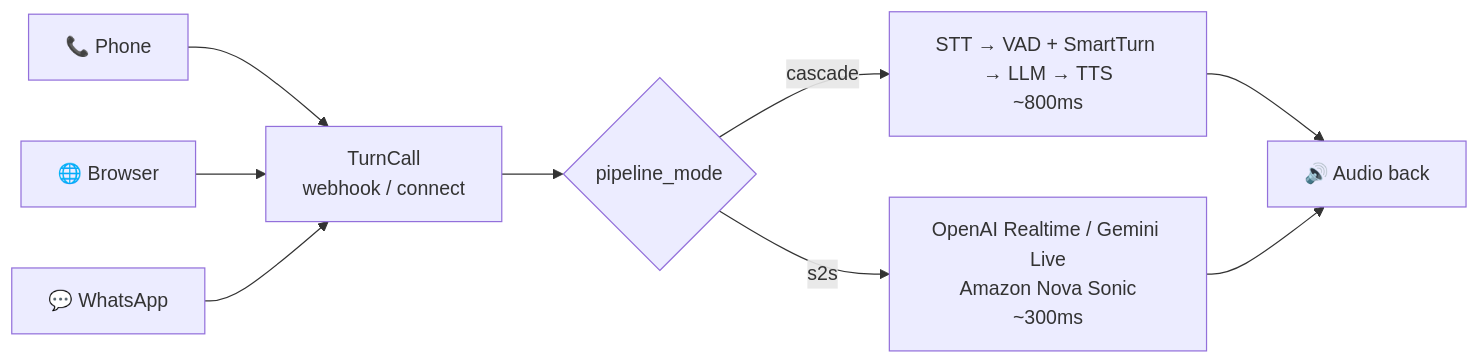
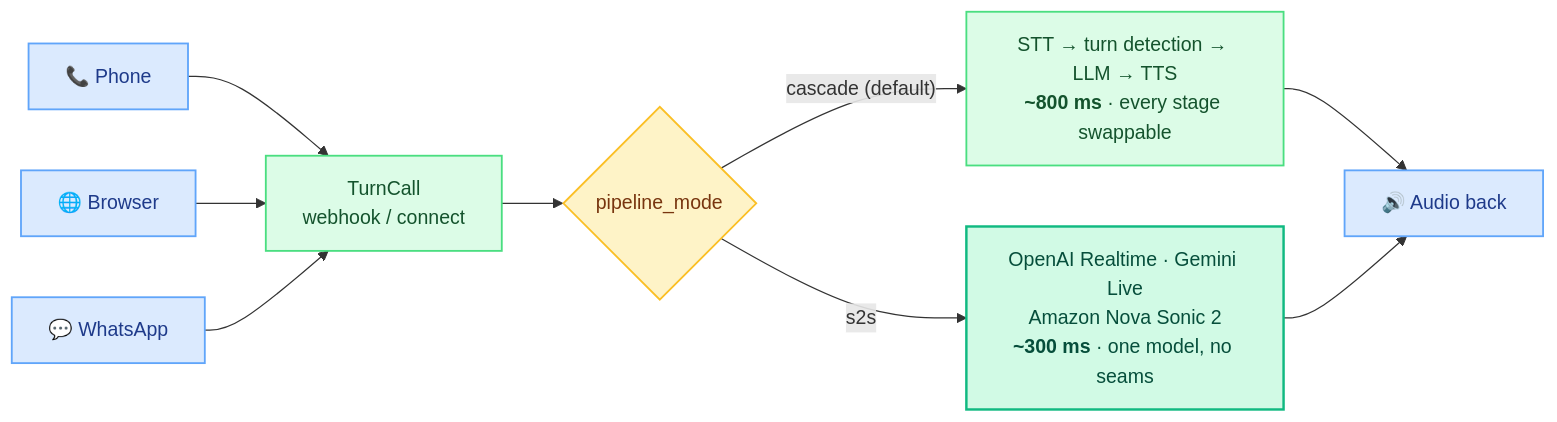
Before and after one commit to kobikis/turncall: the diagram in docs/introduction.mdx, drawn with Mermaid. The commit also changed 6 other files, not shown here.

````diff
--- a/docs/introduction.mdx
+++ b/docs/introduction.mdx
@@ -58,12 +58,21 @@
 ```mermaid
 flowchart LR
     Phone["📞 Phone"] --> TC
     Browser["🌐 Browser"] --> TC
     WhatsApp["💬 WhatsApp"] --> TC
 
     TC["TurnCall<br/>webhook / connect"] --> MODE{"pipeline_mode"}
-    MODE -->|cascade| C["STT → VAD + SmartTurn → LLM → TTS<br/>~800ms"]
-    MODE -->|s2s| S["OpenAI Realtime / Gemini Live<br/>Amazon Nova Sonic<br/>~300ms"]
+    MODE -->|"cascade (default)"| C["STT → turn detection → LLM → TTS<br/><b>~800 ms</b> · every stage swappable"]
+    MODE -->|"s2s"| S["OpenAI Realtime · Gemini Live<br/>Amazon Nova Sonic 2<br/><b>~300 ms</b> · one model, no seams"]
     C --> OUT["🔊 Audio back"]
     S --> OUT
+
+    classDef client fill:#dbeafe,stroke:#60a5fa,stroke-width:1.5px,color:#1e3a8a
+    classDef core fill:#dcfce7,stroke:#4ade80,stroke-width:1.5px,color:#14532d
+    classDef fast fill:#d1fae5,stroke:#10b981,stroke-width:2px,color:#064e3b
+    classDef fork fill:#fef3c7,stroke:#fbbf24,stroke-width:1.5px,color:#78350f
+    class Phone,Browser,WhatsApp,OUT client
+    class TC,C core
+    class S fast
+    class MODE fork
 ```
````
